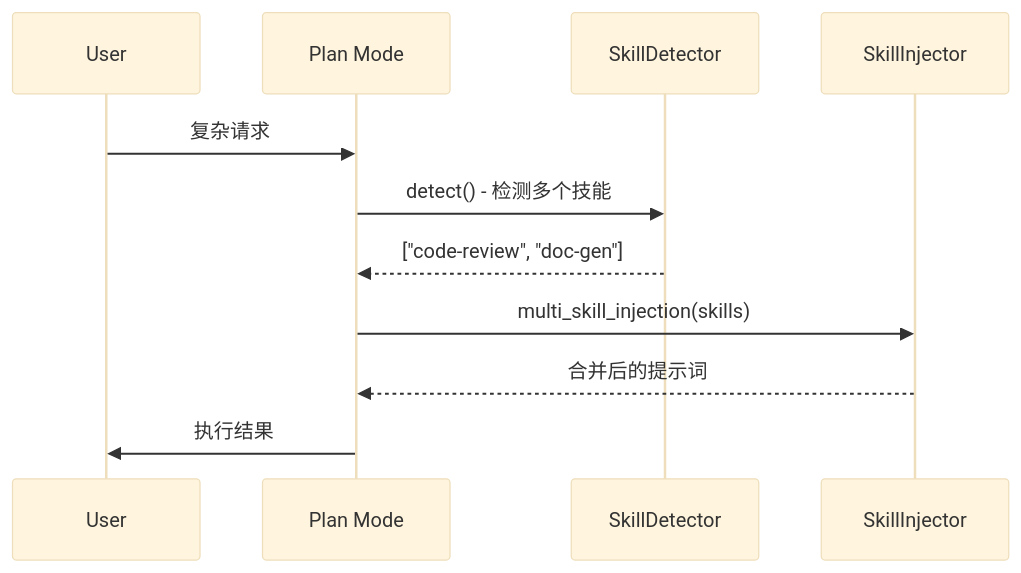
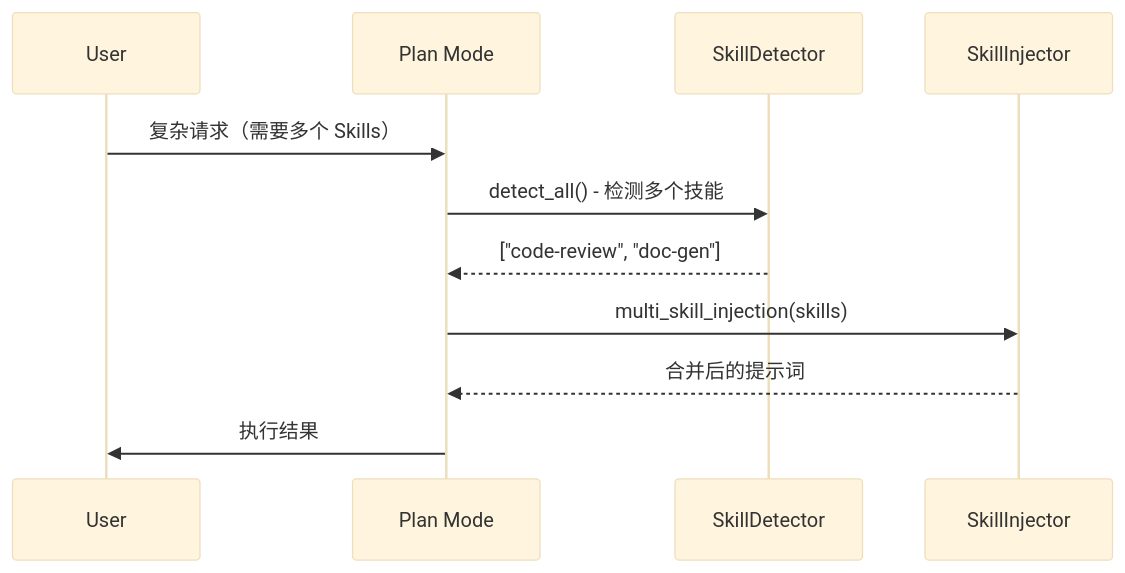
Before and after one commit to LlamaEdge/llama-nexus: the second of 3 diagrams in docs/skills/skills-future-roadmap.md, drawn with Mermaid (base theme). The commit also changed other lines of this file and 2 other files, not shown here.

Commit message:
docs(skills): add multi-skill support, internal tools and resource loading documentation

````diff
--- a/docs/skills/skills-future-roadmap.md
+++ b/docs/skills/skills-future-roadmap.md
@@ -165,14 +297,14 @@
 ```mermaid
 sequenceDiagram
     participant User
     participant Plan as Plan Mode
     participant Detector as SkillDetector
     participant Injector as SkillInjector
 
-    User->>Plan: 复杂请求
-    Plan->>Detector: detect() - 检测多个技能
+    User->>Plan: 复杂请求（需要多个 Skills）
+    Plan->>Detector: detect_all() - 检测多个技能
     Detector-->>Plan: ["code-review", "doc-gen"]
     Plan->>Injector: multi_skill_injection(skills)
     Injector-->>Plan: 合并后的提示词
     Plan->>User: 执行结果
 ```
````
